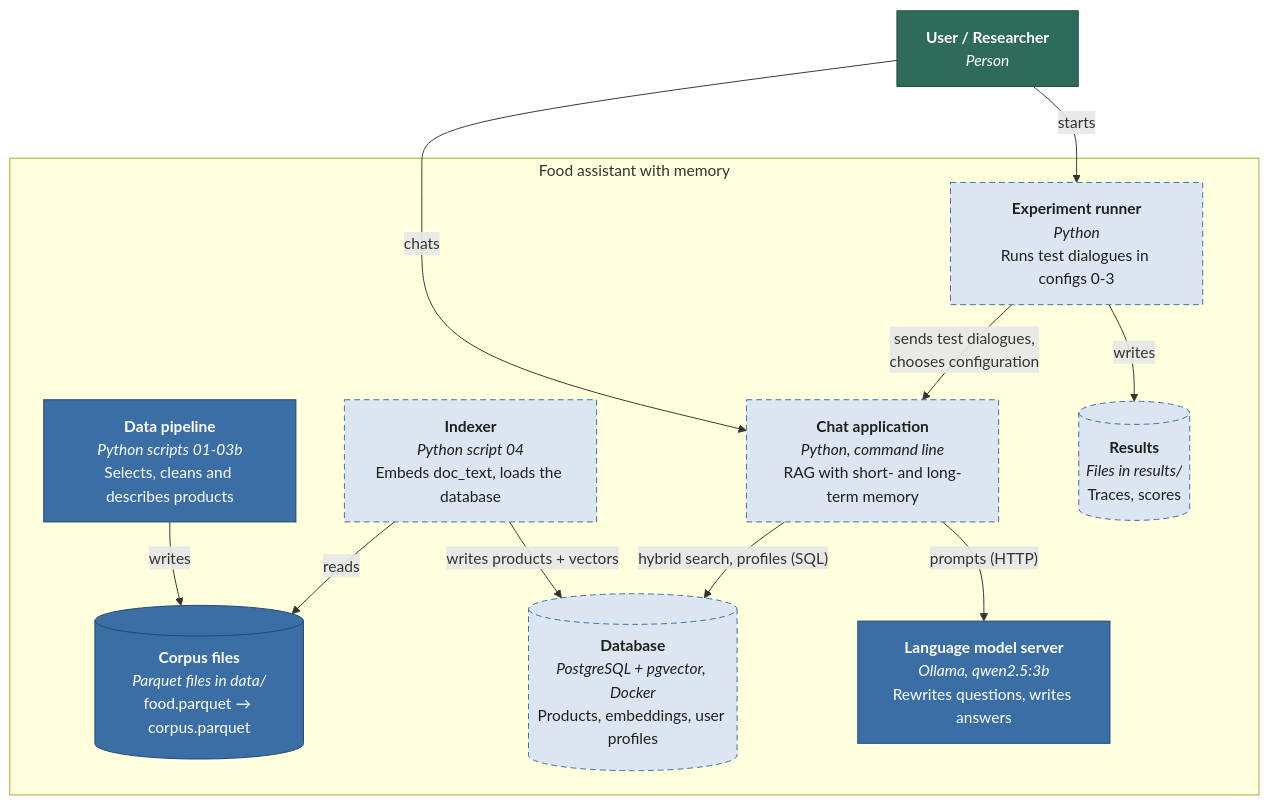
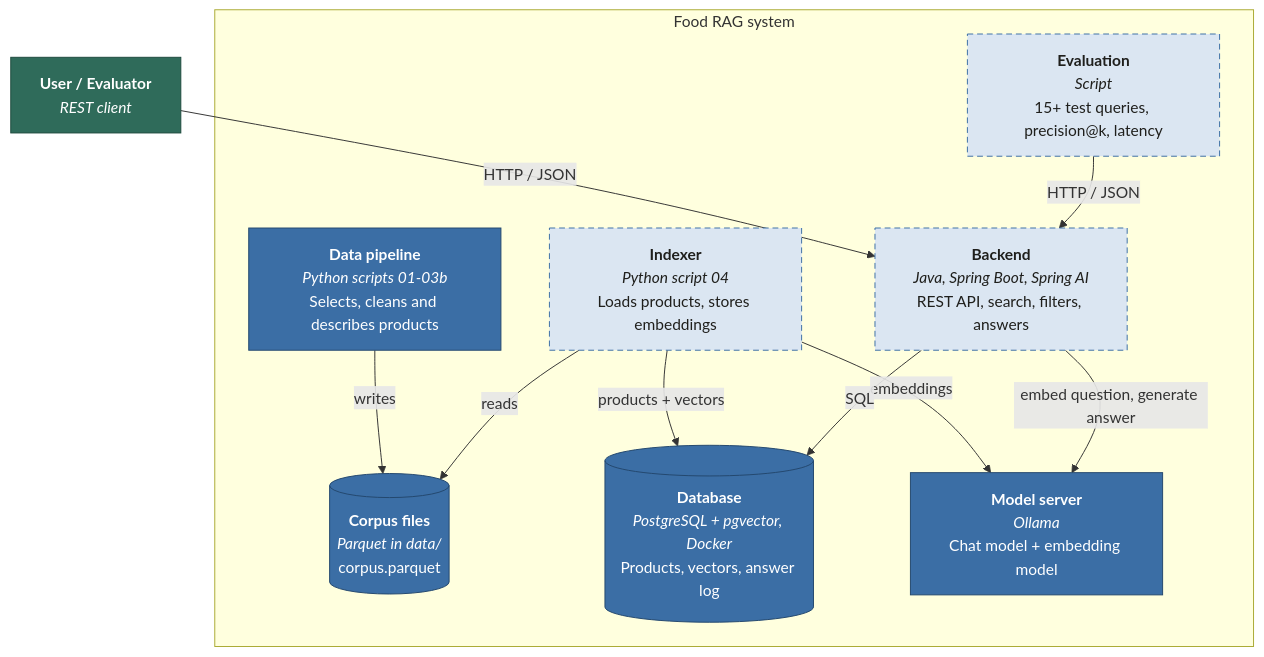
Before and after one commit to vmtoriia/rag-system: the second of 4 diagrams in docs/ARCHITECTURE.md, drawn with Mermaid. The commit also changed other lines of this file and 3 other files, not shown here.

Commit message:
Align documentation with the project assignment: Java backend, hybrid search, allergen statuses

````diff
--- a/docs/ARCHITECTURE.md
+++ b/docs/ARCHITECTURE.md
@@ -54,32 +55,30 @@
 ```mermaid
 flowchart TB
-    user["<b>User / Researcher</b><br/><i>Person</i>"]
+    client["<b>User / Evaluator</b><br/><i>REST client</i>"]
 
-    subgraph sys ["Food assistant with memory"]
+    subgraph sys ["Food RAG system"]
         pipeline["<b>Data pipeline</b><br/><i>Python scripts 01-03b</i><br/>Selects, cleans and describes products"]
-        files[("<b>Corpus files</b><br/><i>Parquet files in data/</i><br/>food.parquet → corpus.parquet")]
-        indexer["<b>Indexer</b><br/><i>Python script 04</i><br/>Embeds doc_text, loads the database"]
-        db[("<b>Database</b><br/><i>PostgreSQL + pgvector, Docker</i><br/>Products, embeddings, user profiles")]
-        chat["<b>Chat application</b><br/><i>Python, command line</i><br/>RAG with short- and long-term memory"]
-        llm["<b>Language model server</b><br/><i>Ollama, qwen2.5:3b</i><br/>Rewrites questions, writes answers"]
-        runner["<b>Experiment runner</b><br/><i>Python</i><br/>Runs test dialogues in configs 0-3"]
-        results[("<b>Results</b><br/><i>Files in results/</i><br/>Traces, scores")]
+        files[("<b>Corpus files</b><br/><i>Parquet in data/</i><br/>corpus.parquet")]
+        indexer["<b>Indexer</b><br/><i>Python script 04</i><br/>Loads products, stores embeddings"]
+        db[("<b>Database</b><br/><i>PostgreSQL + pgvector, Docker</i><br/>Products, vectors, answer log")]
+        backend["<b>Backend</b><br/><i>Java, Spring Boot, Spring AI</i><br/>REST API, search, filters, answers"]
+        ollama["<b>Model server</b><br/><i>Ollama</i><br/>Chat model + embedding model"]
+        evalr["<b>Evaluation</b><br/><i>Script</i><br/>15+ test queries, precision@k, latency"]
     end
 
     pipeline -- "writes" --> files
     indexer -- "reads" --> files
-    indexer -- "writes products + vectors" --> db
-    user -- "chats" --> chat
-    user -- "starts" --> runner
-    runner -- "sends test dialogues,<br/>chooses configuration" --> chat
-    chat -- "hybrid search, profiles (SQL)" --> db
-    chat -- "prompts (HTTP)" --> llm
-    runner -- "writes" --> results
+    indexer -- "embeddings" --> ollama
+    indexer -- "products + vectors" --> db
+    client -- "HTTP / JSON" --> backend
+    evalr -- "HTTP / JSON" --> backend
+    backend -- "SQL" --> db
+    backend -- "embed question, generate answer" --> ollama
 
     classDef person fill:#2f6b5a,stroke:#1d4a3d,color:#ffffff
     classDef done fill:#3b6ea5,stroke:#24486e,color:#ffffff
     classDef planned fill:#dbe6f2,stroke:#3b6ea5,color:#1f1f1c,stroke-dasharray:6 4
-    class user person
-    class pipeline,files,llm done
-    class indexer,db,chat,runner,results planned
+    class client person
+    class pipeline,files,db,ollama done
+    class indexer,backend,evalr planned
 ```
````
